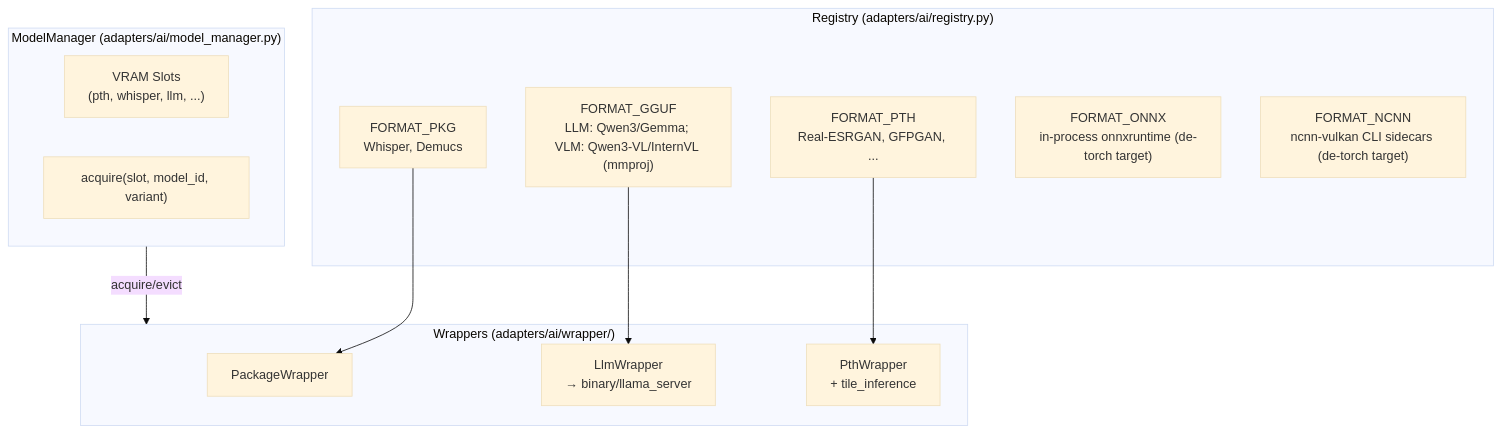
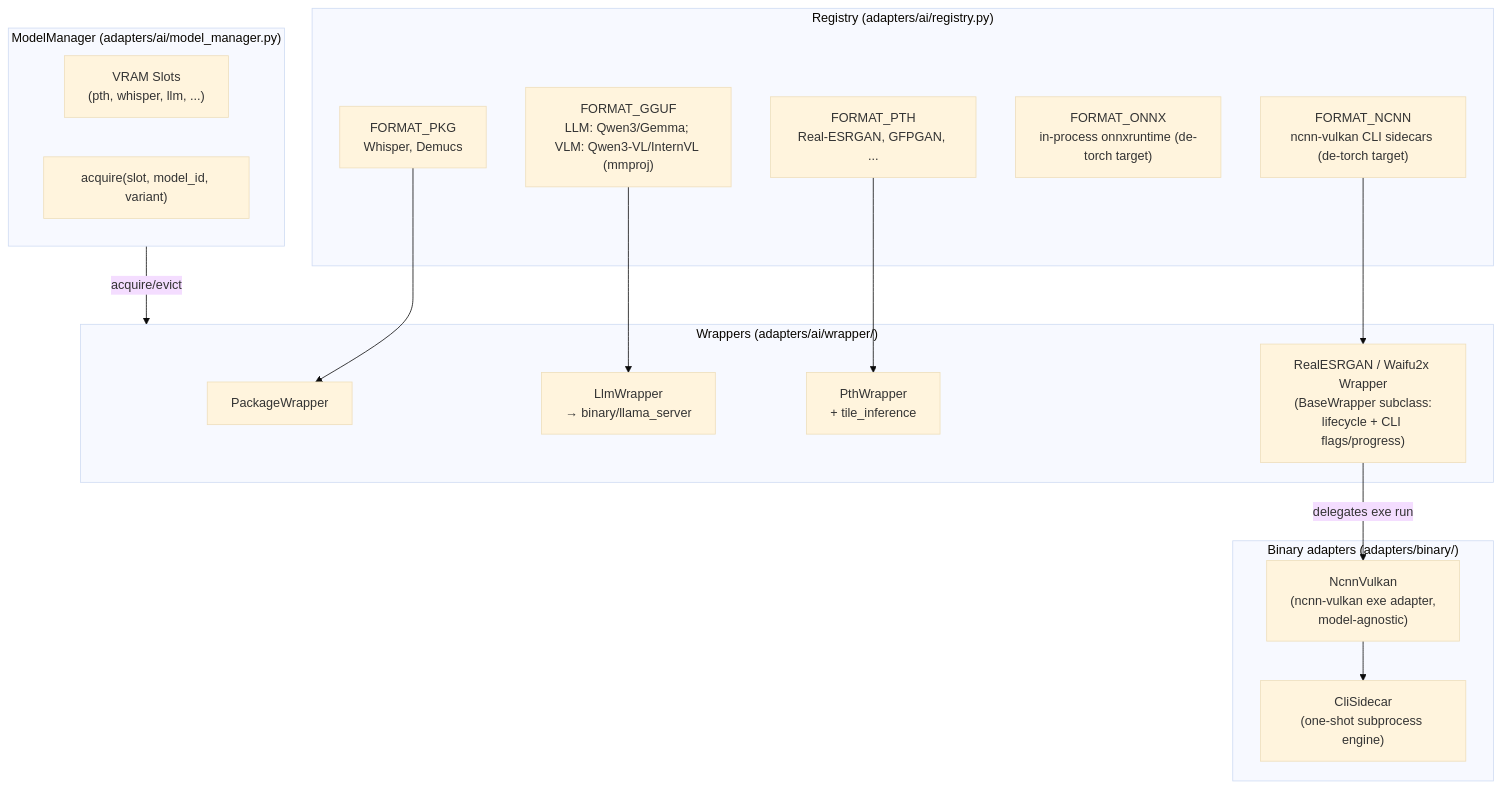
The third of 5 diagrams in docs/ARCHITECTURE.md (sw-willie-wu/MediaTranX), drawn with Mermaid (base theme) before and after one commit. The commit also changed other lines of this file and 1 other file, not shown here.

First line of the commit message:
docs(detorch): sync ARCHITECTURE + BACKEND_SPEC with Phase 1 ncnn layering

````diff
--- a/docs/ARCHITECTURE.md
+++ b/docs/ARCHITECTURE.md
@@ -119,26 +122,35 @@
 ```mermaid
 graph TB
     subgraph Registry["Registry (adapters/ai/registry.py)"]
         FORMAT_PKG["FORMAT_PKG<br/>Whisper, Demucs"]
         FORMAT_GGUF["FORMAT_GGUF<br/>LLM: Qwen3/Gemma; VLM: Qwen3-VL/InternVL (mmproj)"]
         FORMAT_PTH["FORMAT_PTH<br/>Real-ESRGAN, GFPGAN, ..."]
         FORMAT_ONNX["FORMAT_ONNX<br/>in-process onnxruntime (de-torch target)"]
         FORMAT_NCNN["FORMAT_NCNN<br/>ncnn-vulkan CLI sidecars (de-torch target)"]
     end
 
     subgraph Manager["ModelManager (adapters/ai/model_manager.py)"]
         Slots["VRAM Slots<br/>(pth, whisper, llm, ...)"]
         Acquire["acquire(slot, model_id, variant)"]
     end
 
     subgraph Wrappers["Wrappers (adapters/ai/wrapper/)"]
         PKG["PackageWrapper"]
         PTH["PthWrapper<br/>+ tile_inference"]
         LLM["LlmWrapper<br/>→ binary/llama_server"]
+        NCNN["RealESRGAN / Waifu2x Wrapper<br/>(BaseWrapper subclass:<br/>lifecycle + CLI flags/progress)"]
+    end
+
+    subgraph Binary["Binary adapters (adapters/binary/)"]
+        NcnnAd["NcnnVulkan<br/>(ncnn-vulkan exe adapter,<br/>model-agnostic)"]
+        Sidecar["CliSidecar<br/>(one-shot subprocess engine)"]
     end
 
     FORMAT_PKG --> PKG
     FORMAT_PTH --> PTH
     FORMAT_GGUF --> LLM
+    FORMAT_NCNN --> NCNN
+    NCNN -->|"delegates exe run"| NcnnAd
+    NcnnAd --> Sidecar
     Manager -->|"acquire/evict"| Wrappers
 ```
````
